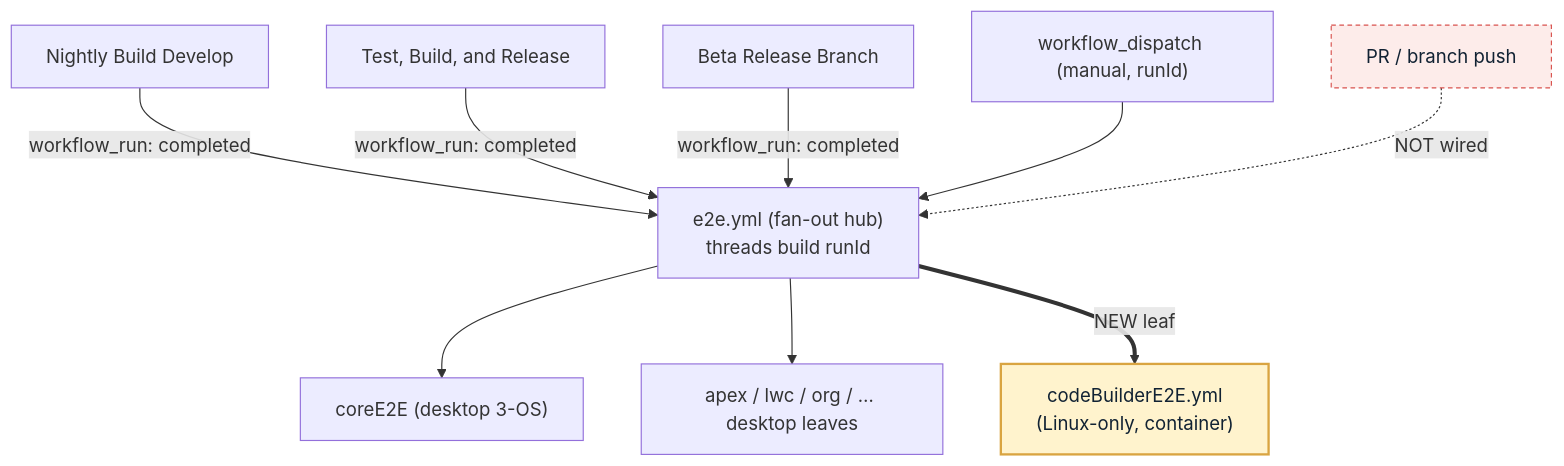
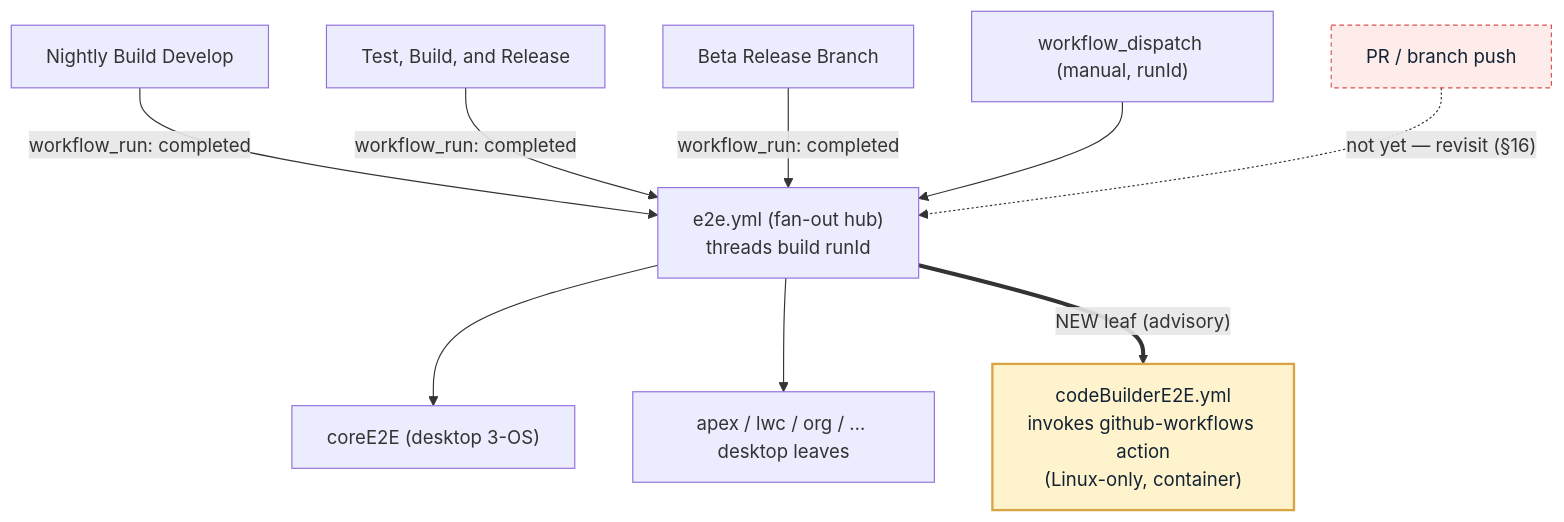
One commit to forcedotcom/salesforcedx-vscode changed the tenth of 14 diagrams in docs/plans/code-builder-e2e-toolkit.md. Above: the diagram before and after it, drawn with Mermaid. The commit also changed other lines of this file, not shown here.

````diff
--- a/docs/plans/code-builder-e2e-toolkit.md
+++ b/docs/plans/code-builder-e2e-toolkit.md
@@ -677,18 +767,18 @@
 ```mermaid
 flowchart TD
     NB["Nightly Build Develop"] -->|workflow_run: completed| E2E
     TBR["Test, Build, and Release"] -->|workflow_run: completed| E2E
     BETA["Beta Release Branch"] -->|workflow_run: completed| E2E
     WD["workflow_dispatch (manual, runId)"] --> E2E
-    PR["PR / branch push"] -.->|NOT wired| E2E
+    PR["PR / branch push"] -.->|"not yet — revisit (§16)"| E2E
 
     E2E["e2e.yml (fan-out hub)<br/>threads build runId"]
     E2E --> D1["coreE2E (desktop 3-OS)"]
     E2E --> D2["apex / lwc / org / … desktop leaves"]
-    E2E ==>|NEW leaf| CB["codeBuilderE2E.yml<br/>(Linux-only, container)"]
+    E2E ==>|"NEW leaf (advisory)"| CB["codeBuilderE2E.yml<br/>invokes github-workflows action<br/>(Linux-only, container)"]
 
     classDef new fill:#fff3cd,stroke:#d9a441,color:#123,stroke-width:2px;
     classDef no fill:#fdecea,stroke:#d9534f,color:#123,stroke-dasharray:4 3;
     class CB new;
     class PR no;
 ```
````
